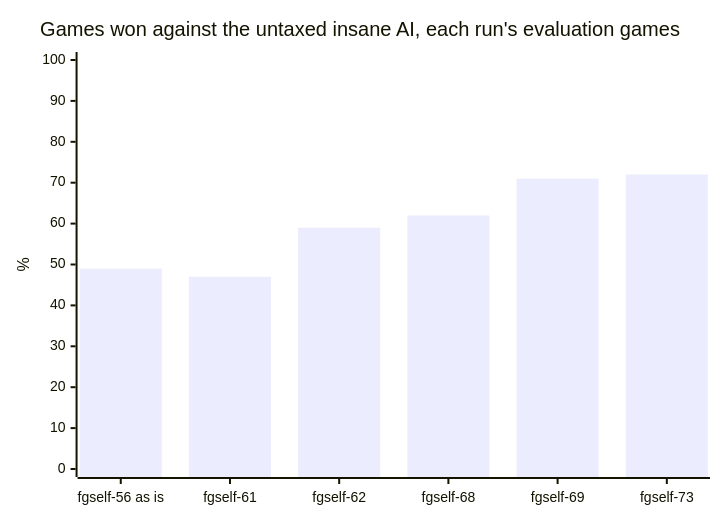
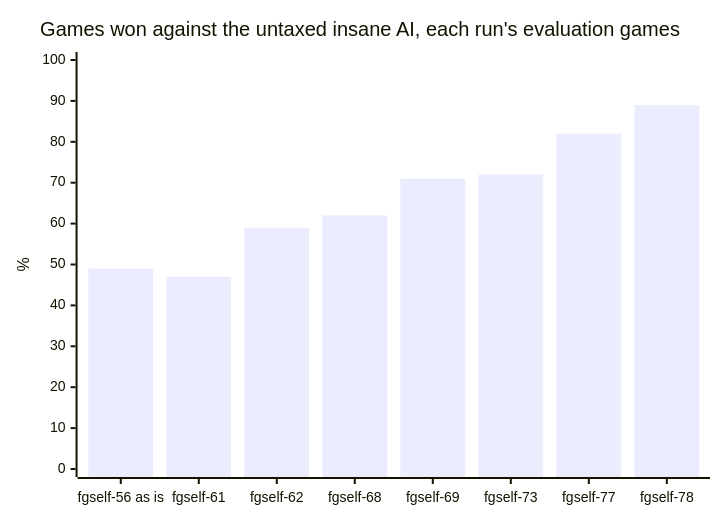
One commit to RobinKa/warcraftsim changed the second of 2 diagrams in docs/experiments.md. Above: the diagram before and after it, drawn with Mermaid. The commit also changed other lines of this file, not shown here.

Commit message:
Experiments: the Echo Isles chart up to fgself-78 (89%)
Claude-Session: https://claude.ai/code/session_01E8W2hQUxGqtqxA2kVGGpSq

````diff
--- a/docs/experiments.md
+++ b/docs/experiments.md
@@ -21,7 +21,7 @@
 ```mermaid
 xychart-beta
   title "Games won against the untaxed insane AI, each run's evaluation games"
-  x-axis ["fgself-56 as is", "fgself-61", "fgself-62", "fgself-68", "fgself-69", "fgself-73"]
+  x-axis ["fgself-56 as is", "fgself-61", "fgself-62", "fgself-68", "fgself-69", "fgself-73", "fgself-77", "fgself-78"]
   y-axis "%" 0 --> 100
-  bar [49, 47, 59, 62, 71, 72]
+  bar [49, 47, 59, 62, 71, 72, 82, 89]
 ```
````
